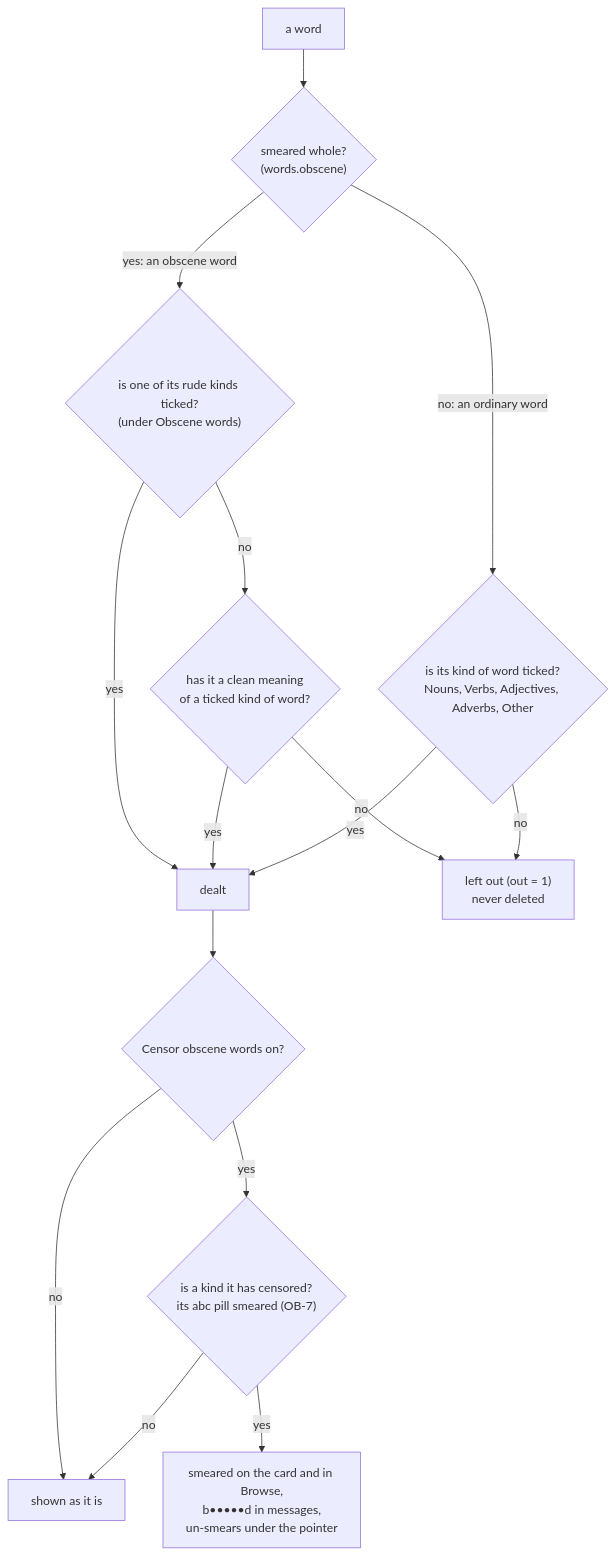
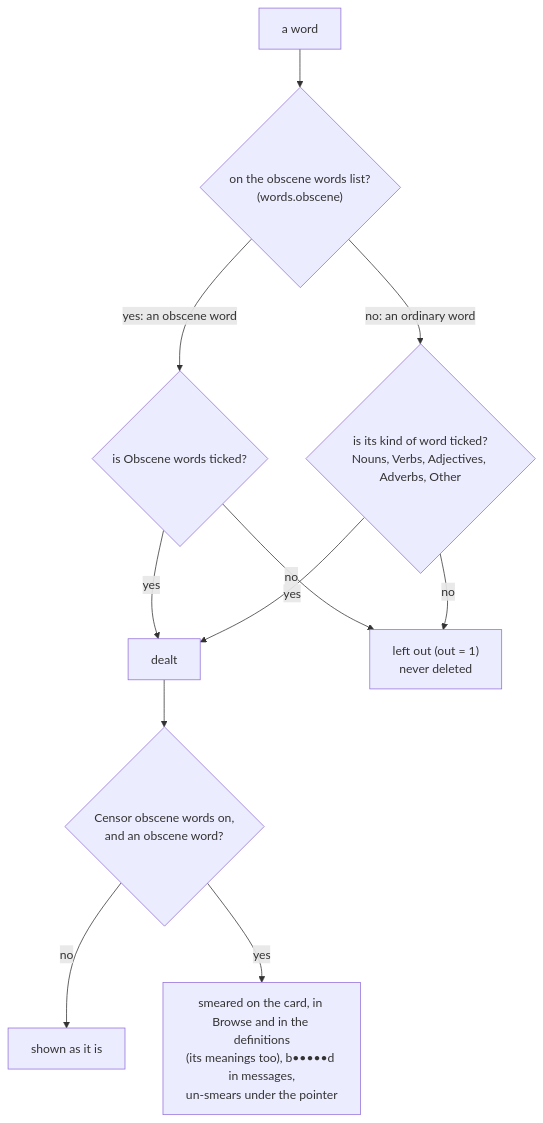
Before and after one commit to kiva-mccr/Word-Tierlister: the ninth of 11 diagrams in DEVELOPERS.md, drawn with Mermaid. The commit also changed other lines of this file and 82 other files, not shown here.

First line of the commit message:
OB-14: obscene words from one published list, rules archived

````diff
--- a/DEVELOPERS.md
+++ b/DEVELOPERS.md
@@ -589,17 +569,13 @@
 ```mermaid
 flowchart TB
-    W["a word"] --> O{"smeared whole?<br/>(words.obscene)"}
+    W["a word"] --> O{"on the obscene words list?<br/>(words.obscene)"}
     O -- "no: an ordinary word" --> K{"is its kind of word ticked?<br/>Nouns, Verbs, Adjectives, Adverbs, Other"}
-    O -- "yes: an obscene word" --> R{"is one of its rude kinds ticked?<br/>(under Obscene words)"}
+    O -- "yes: an obscene word" --> R{"is Obscene words ticked?"}
     R -- yes --> IN["dealt"]
-    R -- no --> CL{"has it a clean meaning<br/>of a ticked kind of word?"}
-    CL -- yes --> IN
-    CL -- no --> OUT["left out (out = 1)<br/>never deleted"]
+    R -- no --> OUT["left out (out = 1)<br/>never deleted"]
     K -- yes --> IN
     K -- no --> OUT
-    IN --> C{"Censor obscene words on?"}
+    IN --> C{"Censor obscene words on,<br/>and an obscene word?"}
     C -- no --> SHOW["shown as it is"]
-    C -- yes --> P{"is a kind it has censored?<br/>its abc pill smeared (OB-7)"}
-    P -- yes --> SM["smeared on the card and in Browse,<br/>b•••••d in messages,<br/>un-smears under the pointer"]
-    P -- no --> SHOW
+    C -- yes --> SM["smeared on the card, in Browse and in the definitions<br/>(its meanings too), b•••••d in messages,<br/>un-smears under the pointer"]
 ```
````
